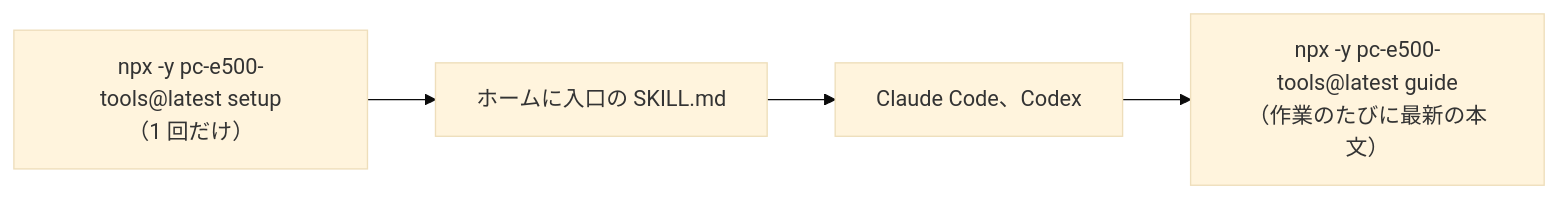
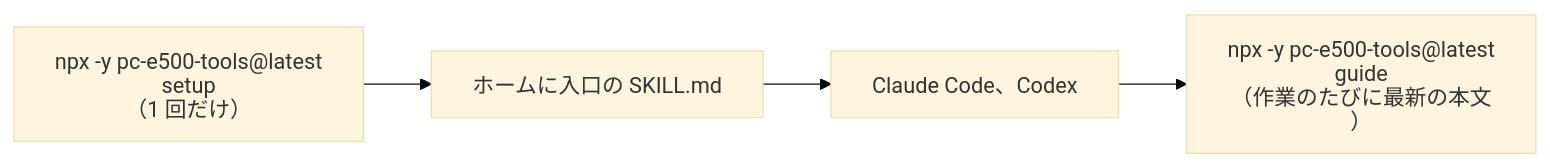
Before and after one commit to litchi-gh/pc-e500_tools: the third of 3 diagrams in docs/manual/22_COMMAND_LINE_AI.md, drawn with Mermaid (base theme). The commit also changed other lines of this file, not shown here.

First line of the commit message:
Manual 22: keep Mermaid labels from being cut on GitHub

````diff
--- a/docs/manual/22_COMMAND_LINE_AI.md
+++ b/docs/manual/22_COMMAND_LINE_AI.md
@@ -351,6 +353,7 @@
 ```mermaid
+%%{init: {"htmlLabels": false, "flowchart": {"htmlLabels": false}}}%%
 flowchart LR
   U["npx -y pc-e500-tools@latest setup<br>（1 回だけ）"] --> H["ホームに入口の SKILL.md"]
   H --> A["Claude Code、Codex"]
   A --> G["npx -y pc-e500-tools@latest guide<br>（作業のたびに最新の本文）"]
 ```
````
